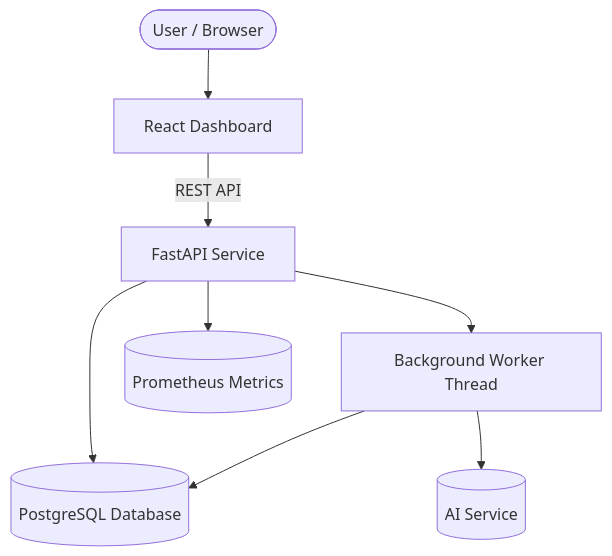
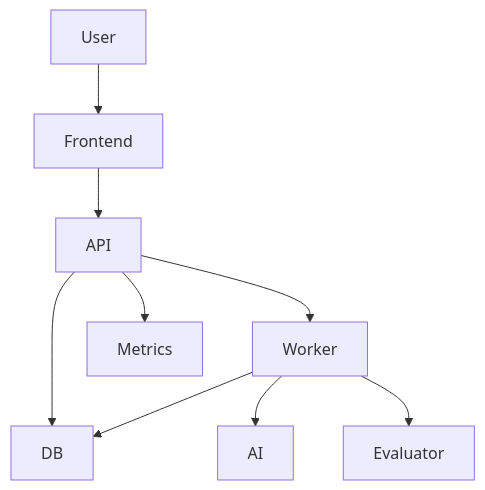
The first of 3 diagrams in README.md (panakantinandu/ai-workflow-platform), drawn with Mermaid before and after one commit. The commit also changed other lines of this file, not shown here.

````diff
--- a/README.md
+++ b/README.md
@@ -30,18 +44,11 @@
 ```mermaid
 graph TD
-    User([User / Browser])
-    Frontend[React Dashboard]
-    API[FastAPI Service]
-    Worker[Background Worker Thread]
-    DB[(PostgreSQL Database)]
-    AI[(AI Service)]
-    Metrics[(Prometheus Metrics)]
-
     User --> Frontend
-    Frontend -->|REST API| API
+    Frontend --> API
     API --> DB
     API --> Worker
     Worker --> DB
     Worker --> AI
+    Worker --> Evaluator
     API --> Metrics
 ```
````
